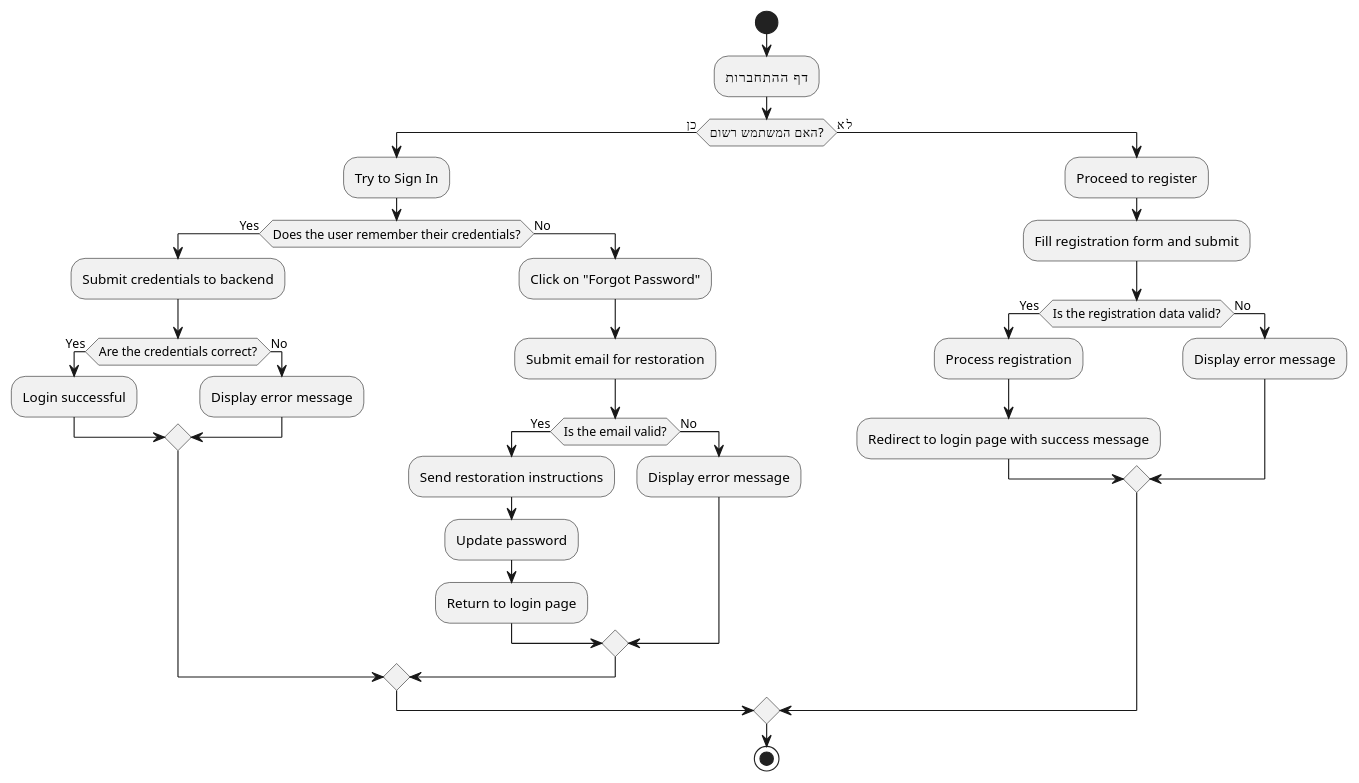
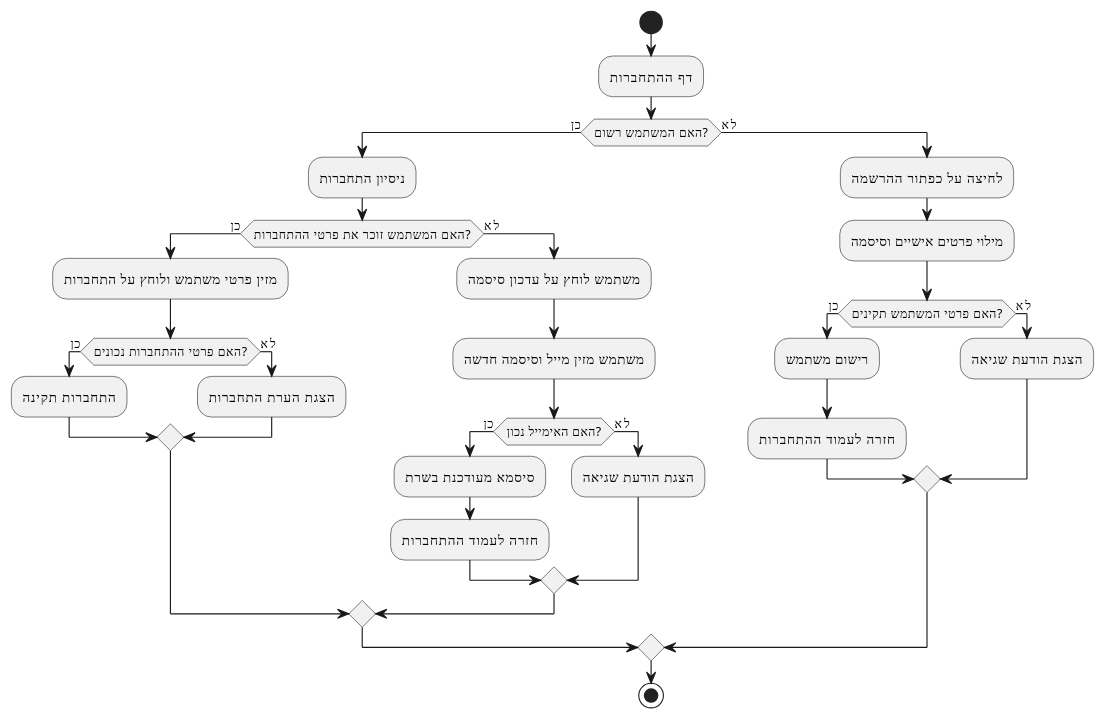
The diagram in oop course/draws/activity/userConnection.puml (roei910/my-stocks), drawn with PlantUML before and after one commit. The commit also changed 5 other files, not shown here.

```diff
--- a/oop course/draws/activity/userConnection.puml
+++ b/oop course/draws/activity/userConnection.puml
@@ -1,38 +1,37 @@
 @startuml
 start
 
 :דף ההתחברות;
 
 if (האם המשתמש רשום?) then (כן)
-    :Try to Sign In;
-    if (Does the user remember their credentials?) then (Yes)
-        :Submit credentials to backend;
-        if (Are the credentials correct?) then (Yes)
-            :Login successful;
-        else (No)
-            :Display error message;
+    :ניסיון התחברות;
+    if (האם המשתמש זוכר את פרטי ההתחברות?) then (כן)
+        :מזין פרטי משתמש ולוחץ על התחברות;
+        if (האם פרטי ההתחברות נכונים?) then (כן)
+            :התחברות תקינה;
+        else (לא)
+            :הצגת הערת התחברות;
         endif
-    else (No)
-        :Click on "Forgot Password";
-        :Submit email for restoration;
-        if (Is the email valid?) then (Yes)
-            :Send restoration instructions;
-            :Update password;
-            :Return to login page;
-        else (No)
-            :Display error message;
+    else (לא)
+        :משתמש לוחץ על עדכון סיסמה;
+        :משתמש מזין מייל וסיסמה חדשה;
+        if (האם האימייל נכון?) then (כן)
+            :סיסמא מעודכנת בשרת;
+            :חזרה לעמוד ההתחברות;
+        else (לא)
+            :הצגת הודעת שגיאה;
         endif
     endif
 else (לא)
-    :Proceed to register;
-    :Fill registration form and submit;
-    if (Is the registration data valid?) then (Yes)
-        :Process registration;
-        :Redirect to login page with success message;
-    else (No)
-        :Display error message;
+    :לחיצה על כפתור ההרשמה;
+    :מילוי פרטים אישיים וסיסמה;
+    if (האם פרטי המשתמש תקינים?) then (כן)
+        :רישום משתמש;
+        :חזרה לעמוד ההתחברות;
+    else (לא)
+        :הצגת הודעת שגיאה;
     endif
 endif
 
 stop
 @enduml
```
